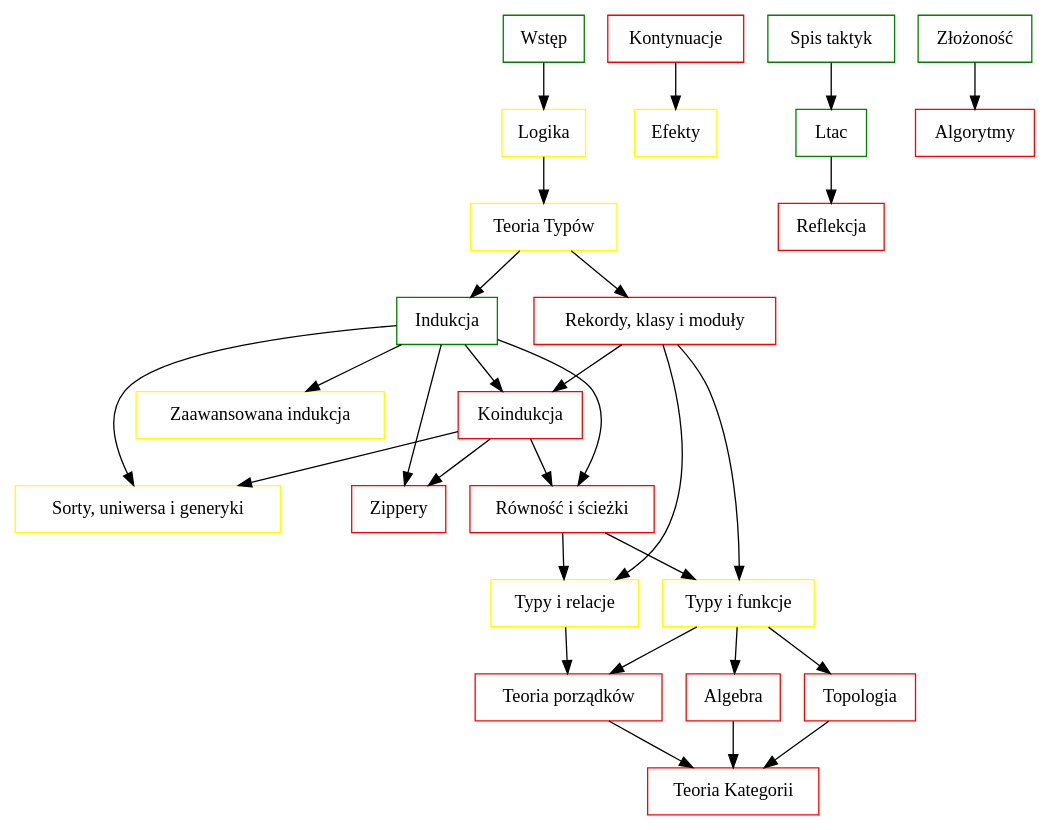
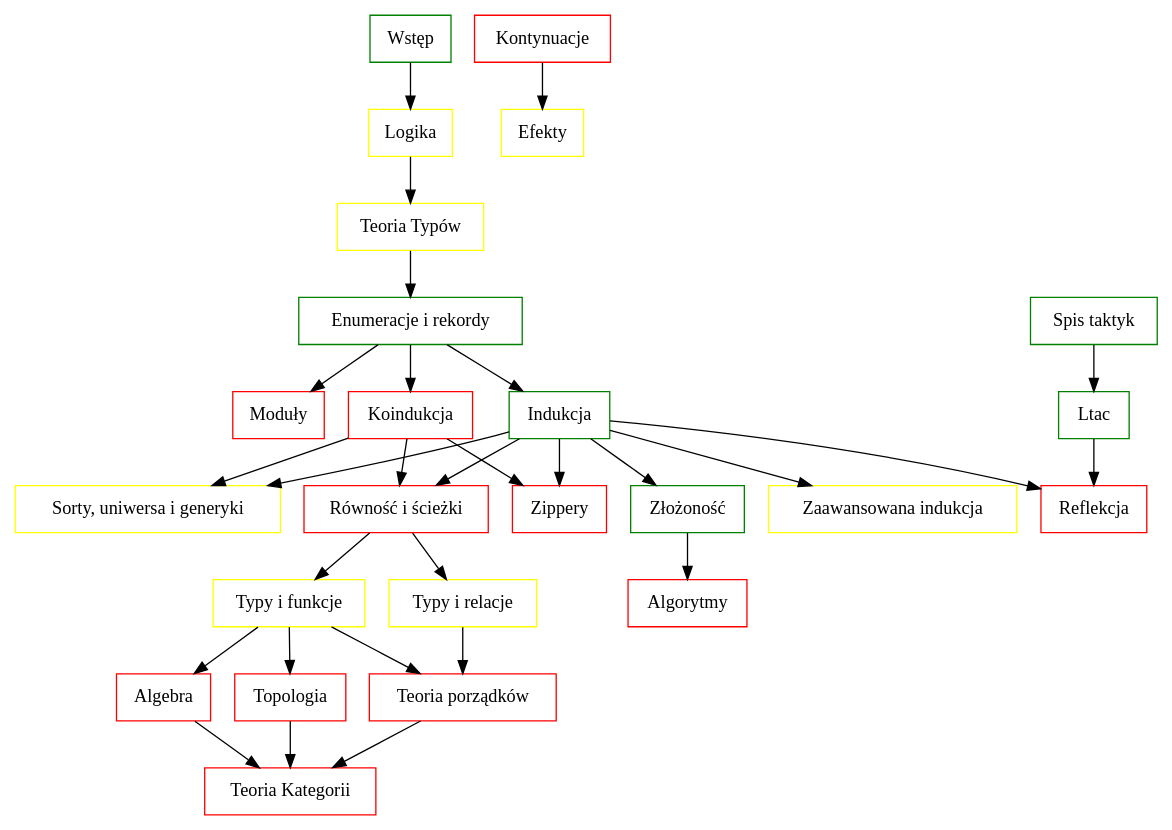
One commit to wkolowski/Typonomikon changed the diagram in txt/plany/plan.dot. Above: the diagram before and after it, drawn with Graphviz. The commit also changed 30 other files, not shown here.

```diff
--- a/txt/plany/plan.dot
+++ b/txt/plany/plan.dot
@@ -1,69 +1,67 @@
 digraph
 {
   node[shape=rectangle]
 
   Wstęp             [label = "Wstęp", color = green]
   
   Logika            [label = "Logika", color = yellow]
-  
+
   TeoriaTypów       [label = "Teoria Typów", color = yellow]
 
-  Indukcja1         [label = "Indukcja", color = green]
+  EnumRec           [label = "Enumeracje i rekordy", color = green]
+  Moduły            [label = "Moduły", color = red]
+
+  Indukcja          [label = "Indukcja", color = green]
+  Indukcja2         [label = "Zaawansowana indukcja", color = yellow]
   Zippery           [label = "Zippery", color = red]
-  Indukcja3         [label = "Zaawansowana indukcja", color = yellow]
-
-  Rekordy           [label = "Rekordy, klasy i moduły", color = red]
-  Funkcje           [label = "Typy i funkcje", color = yellow]
-  Relacje           [label = "Typy i relacje", color = yellow]
+  Uniwersa          [label = "Sorty, uniwersa i generyki", color = yellow]
 
   Koindukcja        [label = "Koindukcja", color = red]
 
-  Uniwersa          [label = "Sorty, uniwersa i generyki", color = yellow]
-
-
   Ścieżki           [label = "Równość i ścieżki", color = red]
 
-  Kontynuacje       [label = "Kontynuacje", color = red]
-  Efekty            [label = "Efekty", color = yellow]
-
-  Taktyki           [label = "Spis taktyk", color = green]
-  Ltac              [label = "Ltac", color = green]
-  Reflekcja         [label = "Reflekcja", color = red]
-  
-  Złożoność         [label = "Złożoność", color = green]
-  Algorytmy         [label = "Algorytmy", color = red]
+  Funkcje           [label = "Typy i funkcje", color = yellow]
+  Relacje           [label = "Typy i relacje", color = yellow]
 
   Algebra           [label = "Algebra", color = red]
   Porządki          [label = "Teoria porządków", color = red]
   Topologia         [label = "Topologia", color = red]
   Kategorie         [label = "Teoria Kategorii", color = red]
 
+  Kontynuacje       [label = "Kontynuacje", color = red]
+  Efekty            [label = "Efekty", color = yellow]
+
+  Złożoność         [label = "Złożoność", color = green]
+  Algorytmy         [label = "Algorytmy", color = red]
+
+  Taktyki           [label = "Spis taktyk", color = green]
+  Ltac              [label = "Ltac", color = green]
+  Reflekcja         [label = "Reflekcja", color = red]
+
 
 
   Wstęp             -> Logika
+
+  Logika            -> TeoriaTypów
   
-  Logika            -> TeoriaTypów
+  TeoriaTypów       -> EnumRec
 
-  TeoriaTypów       -> Indukcja1, Rekordy
-
-  Indukcja1         -> Zippery, Uniwersa, Indukcja3, Koindukcja, Ścieżki /*Bool, Nat, List,*/
-
-  Rekordy           -> Koindukcja, Funkcje, Relacje
+  EnumRec           -> Indukcja, Koindukcja, Moduły
+  Indukcja          -> Zippery, Uniwersa, Indukcja2, /*Koindukcja,*/ Ścieżki, Złożoność, Reflekcja
   Koindukcja        -> Zippery, Uniwersa, Ścieżki /*CoNat, Stream, CoList, InfTree,*/
 
   Ścieżki           -> Funkcje, Relacje
   Funkcje           -> Porządki, Algebra, Topologia
   Relacje           -> Porządki
 
   Algebra           -> Kategorie
   Porządki          -> Kategorie
   Topologia         -> Kategorie
 
-
   Taktyki           -> Ltac
   Ltac              -> Reflekcja
 
   Kontynuacje       -> Efekty
 
   Złożoność         -> Algorytmy
 }
```
